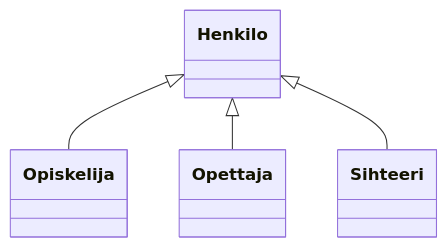
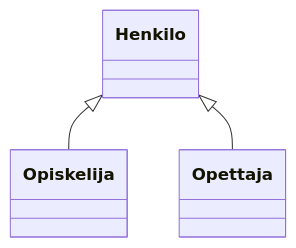
Before and after one commit to ohj-perus-jy/ohj2: the first of 2 diagrams in src/osa3/01-perinta.md, drawn with Mermaid. The commit also changed other lines of this file, not shown here.

````diff
--- a/src/osa3/01-perinta.md
+++ b/src/osa3/01-perinta.md
@@ -269,6 +206,5 @@
 ```mermaid
 classDiagram
     Henkilo <|-- Opiskelija
     Henkilo <|-- Opettaja
-    Henkilo <|-- Sihteeri
 ```
````
